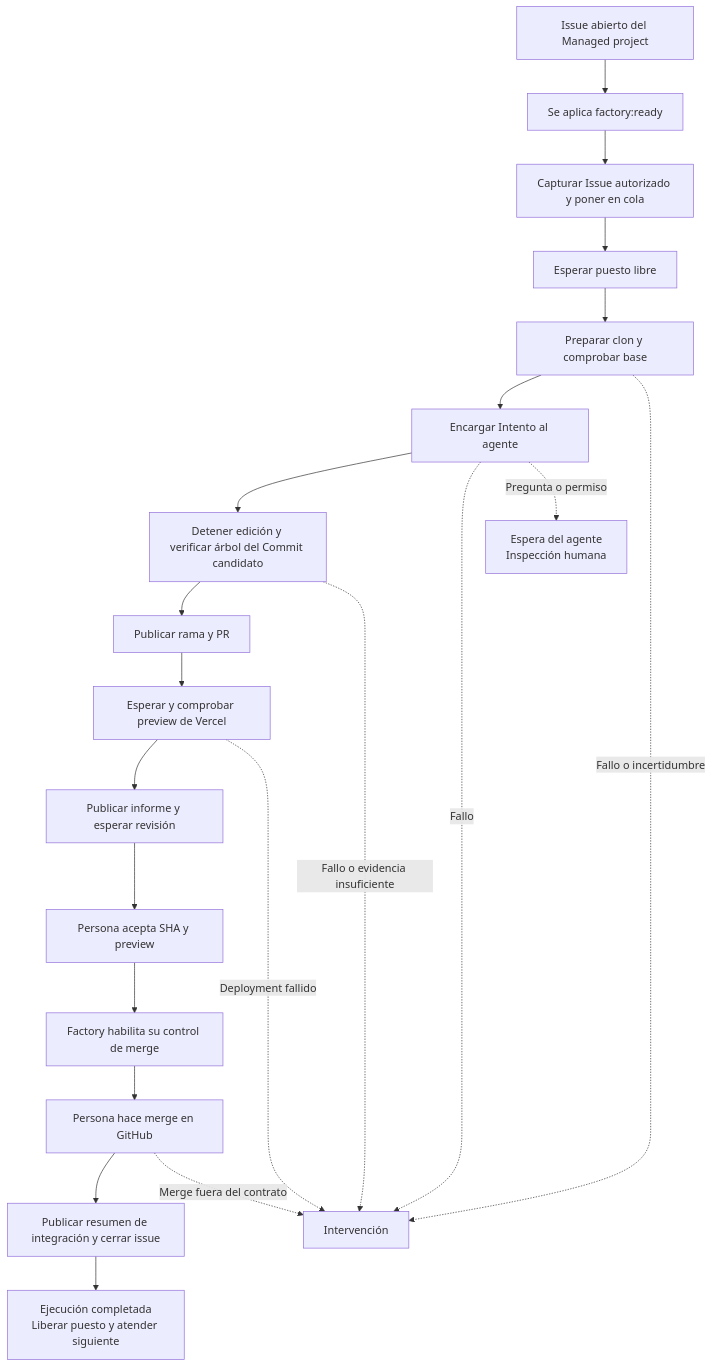
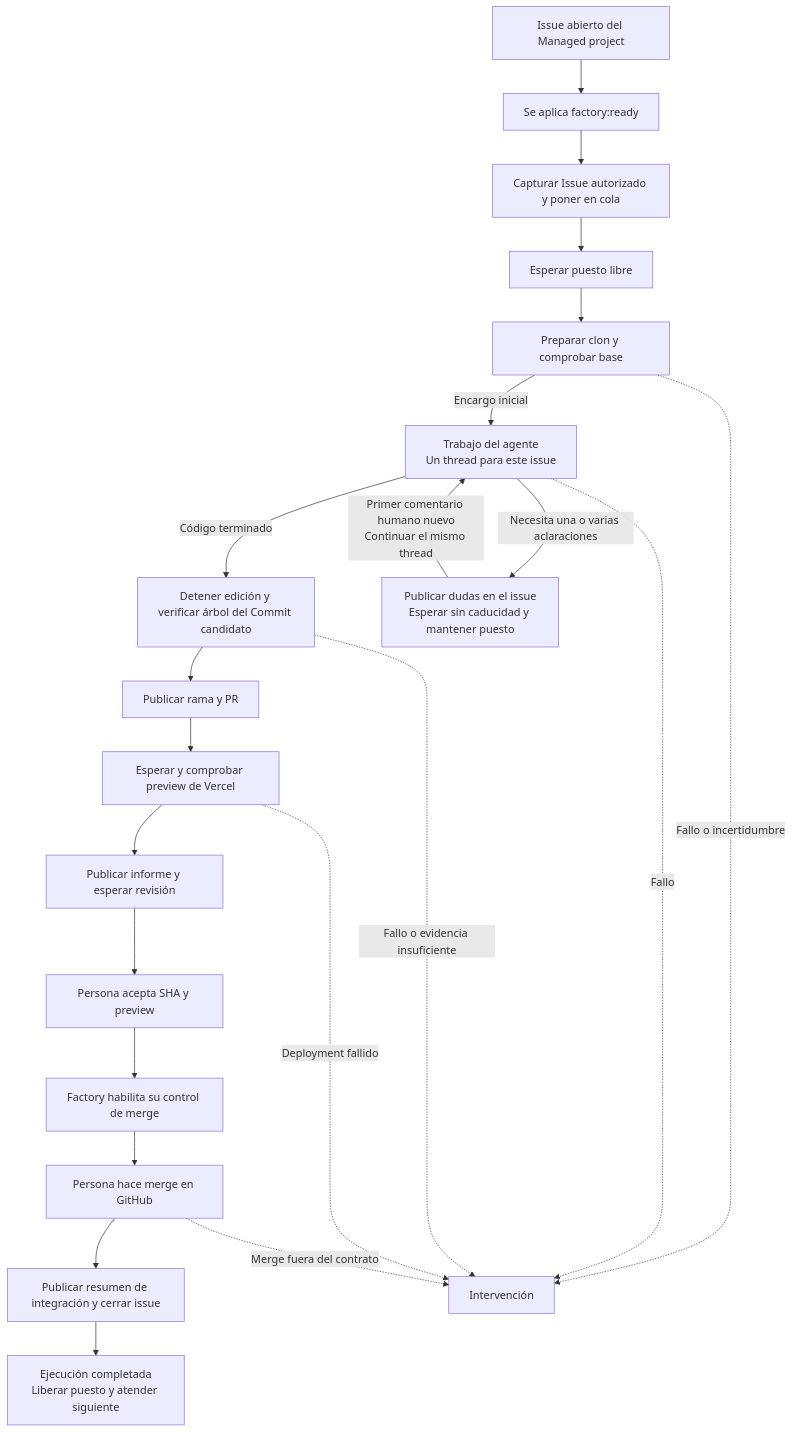
The second of 3 diagrams in docs/manual/01-mapa.md (rubenbp/app-foundry), drawn with Mermaid before and after one commit. The commit also changed other lines of this file and 10 other files, not shown here.

````diff
--- a/docs/manual/01-mapa.md
+++ b/docs/manual/01-mapa.md
@@ -52,23 +54,24 @@
 ```mermaid
 flowchart TD
     I["Issue abierto del Managed project"] --> A["Se aplica factory:ready"]
     A --> Q["Capturar Issue autorizado y poner en cola"]
     Q --> W["Esperar puesto libre"]
     W --> B["Preparar clon y comprobar base"]
-    B --> O["Encargar Intento al agente"]
-    O --> T["Detener edición y verificar árbol del Commit candidato"]
+    B -->|"Encargo inicial"| O["Trabajo del agente<br/>Un thread para este issue"]
+    O -->|"Código terminado"| T["Detener edición y verificar árbol del Commit candidato"]
+    O -->|"Necesita una o varias aclaraciones"| Y["Publicar dudas en el issue<br/>Esperar sin caducidad y mantener puesto"]
+    Y -->|"Primer comentario humano nuevo<br/>Continuar el mismo thread"| O
     T --> R["Publicar rama y PR"]
     R --> V["Esperar y comprobar preview de Vercel"]
     V --> E["Publicar informe y esperar revisión"]
     E --> H["Persona acepta SHA y preview"]
     H --> G["Factory habilita su control de merge"]
     G --> M["Persona hace merge en GitHub"]
     M --> C["Publicar resumen de integración y cerrar issue"]
     C --> F["Ejecución completada<br/>Liberar puesto y atender siguiente"]
     B -. "Fallo o incertidumbre" .-> X["Intervención"]
     O -. "Fallo" .-> X
-    O -. "Pregunta o permiso" .-> Y["Espera del agente<br/>Inspección humana"]
     T -. "Fallo o evidencia insuficiente" .-> X
     V -. "Deployment fallido" .-> X
     M -. "Merge fuera del contrato" .-> X
 ```
````
